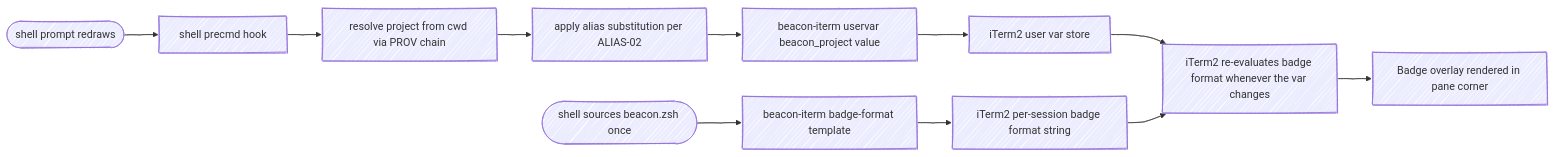
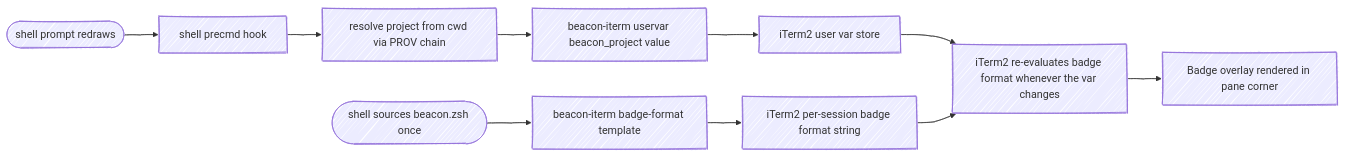
One commit to chris-peterson/beacon changed the first of 3 diagrams in docs/spec.md. Above: the diagram before and after it, drawn with Mermaid. The commit also changed other lines of this file and 7 other files, not shown here.

````diff
--- a/docs/spec.md
+++ b/docs/spec.md
@@ -343,16 +342,15 @@
 ```mermaid
 %%{ init: { 'look': 'handDrawn' } }%%
 flowchart LR
     PROMPT([shell prompt redraws])
     PROMPT --> PRECMD[shell precmd hook]
     PRECMD --> RESOLVE[resolve project from cwd via PROV chain]
-    RESOLVE --> ALIAS[apply alias substitution per ALIAS-02]
-    ALIAS --> UV[beacon-iterm uservar beacon_project value]
+    RESOLVE --> UV[beacon-iterm uservar beacon_project value]
     UV --> ITERM[iTerm2 user var store]
     SOURCE([shell sources beacon.zsh once])
     SOURCE --> BFMT[beacon-iterm badge-format template]
     BFMT --> FMT[iTerm2 per-session badge format string]
     ITERM --> EVAL[iTerm2 re-evaluates badge format whenever the var changes]
     FMT --> EVAL
     EVAL --> BADGE[Badge overlay rendered in pane corner]
 ```
````
